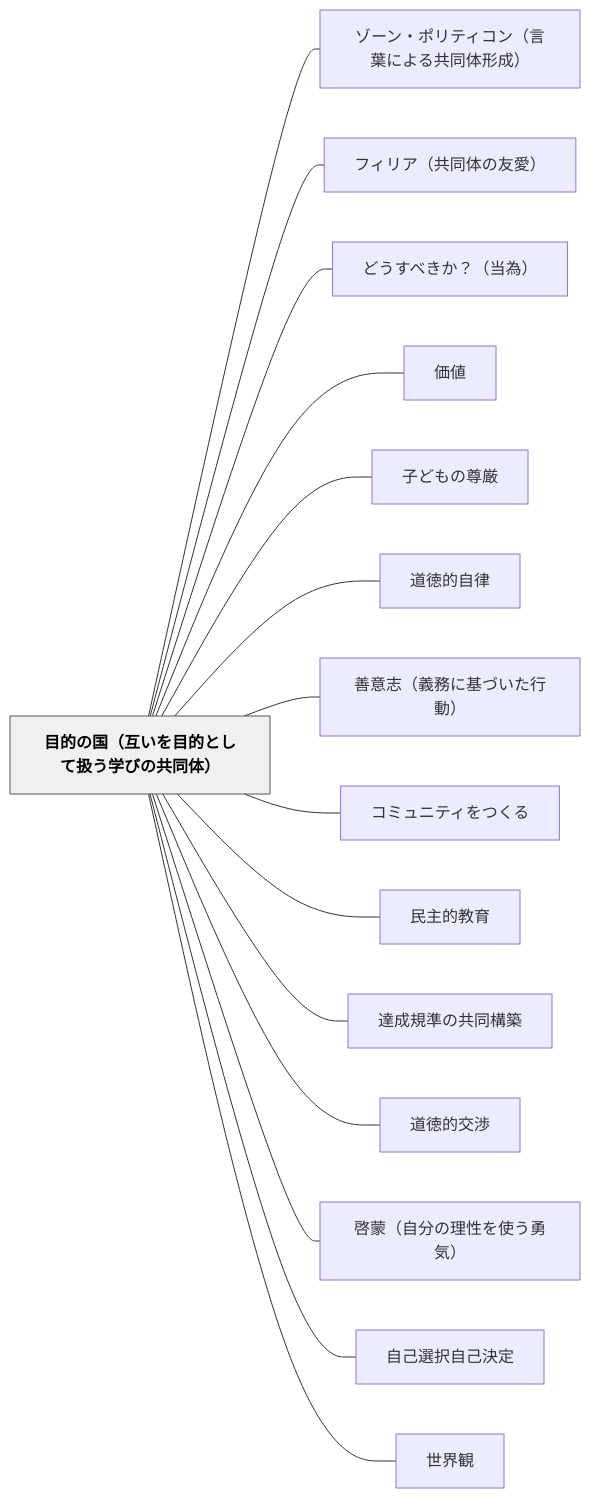
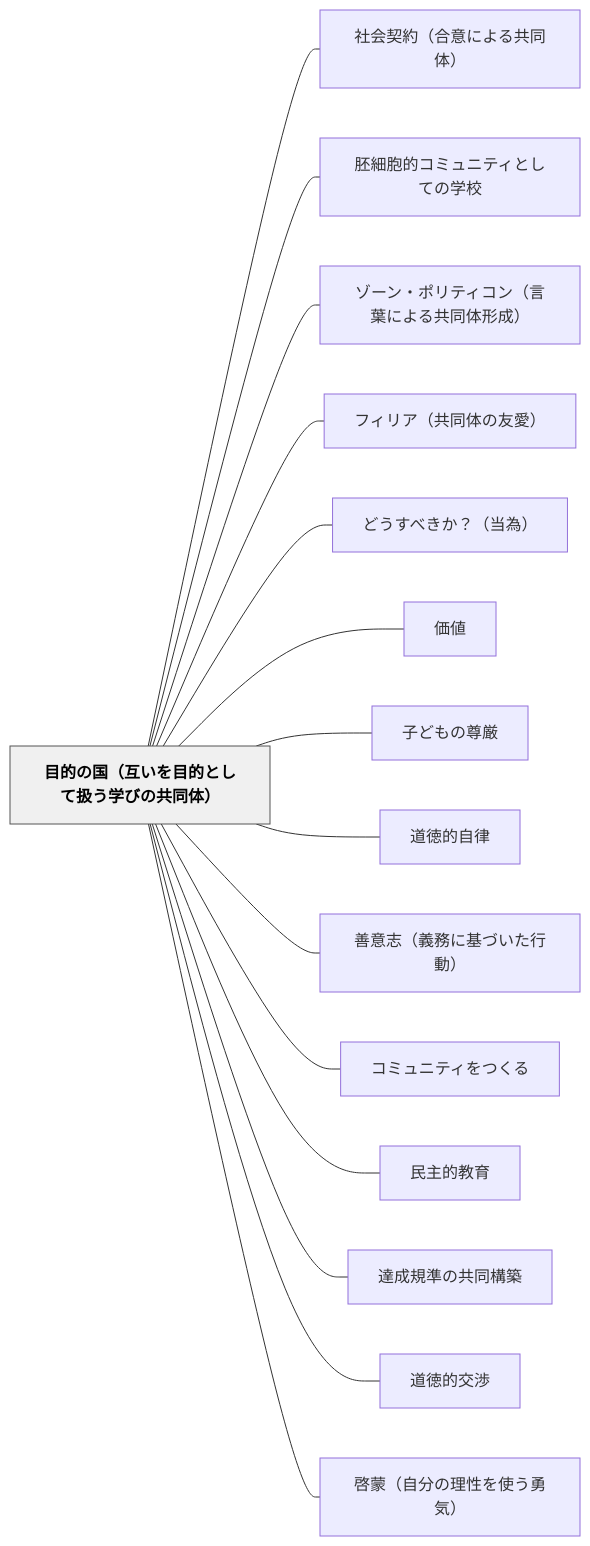
Before and after one commit to unknownthings-ed-patterns/unknownthings-ed-patterns: the diagram in content/パタン/目的の国（互いを目的として扱う学びの共同体）.md, drawn with Mermaid. The commit also changed other lines of this file and 185 other files, not shown here.

````diff
--- a/content/パタン/目的の国（互いを目的として扱う学びの共同体）.md
+++ b/content/パタン/目的の国（互いを目的として扱う学びの共同体）.md
@@ -121,36 +123,36 @@
 ```mermaid
 flowchart LR
     ne79baee79a84e381aee59bbdefbc88e4ba92e38184e38292e79baee79a84e381a8e38197e381a6e689b1e38186e5ada6e381b3e381aee585b1e5908ce4bd93efbc89["目的の国（互いを目的として扱う学びの共同体）"]
+    ne7a4bee4bc9ae5a591e7b484efbc88e59088e6848fe381abe38288e3828be585b1e5908ce4bd93efbc89["社会契約（合意による共同体）"]
+    ne8839ae7b4b0e8839ee79a84e382b3e3839fe383a5e3838be38386e382a3e381a8e38197e381a6e381aee5ada6e6a0a1["胚細胞的コミュニティとしての学校"]
     ne382bee383bce383b3e383bbe3839de383aae38386e382a3e382b3e383b3efbc88e8a880e89189e381abe38288e3828be585b1e5908ce4bd93e5bda2e68890efbc89["ゾーン・ポリティコン（言葉による共同体形成）"]
     ne38395e382a3e383aae382a2efbc88e585b1e5908ce4bd93e381aee58f8be6849befbc89["フィリア（共同体の友愛）"]
     ne381a9e38186e38199e381b9e3818de3818befbc9fefbc88e5bd93e782baefbc89["どうすべきか？（当為）"]
     ne4bea1e580a4["価値"]
     ne5ad90e381a9e38282e381aee5b08ae58eb3["子どもの尊厳"]
     ne98193e5beb3e79a84e887aae5be8b["道徳的自律"]
     ne59684e6848fe5bf97efbc88e7bea9e58b99e381abe59fbae381a5e38184e3819fe8a18ce58b95efbc89["善意志（義務に基づいた行動）"]
     ne382b3e3839fe383a5e3838be38386e382a3e38292e381a4e3818fe3828b["コミュニティをつくる"]
     ne6b091e4b8bbe79a84e69599e882b2["民主的教育"]
     ne98194e68890e8a68fe6ba96e381aee585b1e5908ce6a78be7af89["達成規準の共同構築"]
     ne98193e5beb3e79a84e4baa4e6b889["道徳的交渉"]
     ne59593e89299efbc88e887aae58886e381aee79086e680a7e38292e4bdbfe38186e58b87e6b097efbc89["啓蒙（自分の理性を使う勇気）"]
-    ne887aae5b7b1e981b8e68a9ee887aae5b7b1e6b1bae5ae9a["自己選択自己決定"]
-    ne4b896e7958ce8a6b3["世界観"]
 
+    ne79baee79a84e381aee59bbdefbc88e4ba92e38184e38292e79baee79a84e381a8e38197e381a6e689b1e38186e5ada6e381b3e381aee585b1e5908ce4bd93efbc89 --- ne7a4bee4bc9ae5a591e7b484efbc88e59088e6848fe381abe38288e3828be585b1e5908ce4bd93efbc89
+    ne79baee79a84e381aee59bbdefbc88e4ba92e38184e38292e79baee79a84e381a8e38197e381a6e689b1e38186e5ada6e381b3e381aee585b1e5908ce4bd93efbc89 --- ne8839ae7b4b0e8839ee79a84e382b3e3839fe383a5e3838be38386e382a3e381a8e38197e381a6e381aee5ada6e6a0a1
     ne79baee79a84e381aee59bbdefbc88e4ba92e38184e38292e79baee79a84e381a8e38197e381a6e689b1e38186e5ada6e381b3e381aee585b1e5908ce4bd93efbc89 --- ne382bee383bce383b3e383bbe3839de383aae38386e382a3e382b3e383b3efbc88e8a880e89189e381abe38288e3828be585b1e5908ce4bd93e5bda2e68890efbc89
     ne79baee79a84e381aee59bbdefbc88e4ba92e38184e38292e79baee79a84e381a8e38197e381a6e689b1e38186e5ada6e381b3e381aee585b1e5908ce4bd93efbc89 --- ne38395e382a3e383aae382a2efbc88e585b1e5908ce4bd93e381aee58f8be6849befbc89
     ne79baee79a84e381aee59bbdefbc88e4ba92e38184e38292e79baee79a84e381a8e38197e381a6e689b1e38186e5ada6e381b3e381aee585b1e5908ce4bd93efbc89 --- ne381a9e38186e38199e381b9e3818de3818befbc9fefbc88e5bd93e782baefbc89
     ne79baee79a84e381aee59bbdefbc88e4ba92e38184e38292e79baee79a84e381a8e38197e381a6e689b1e38186e5ada6e381b3e381aee585b1e5908ce4bd93efbc89 --- ne4bea1e580a4
     ne79baee79a84e381aee59bbdefbc88e4ba92e38184e38292e79baee79a84e381a8e38197e381a6e689b1e38186e5ada6e381b3e381aee585b1e5908ce4bd93efbc89 --- ne5ad90e381a9e38282e381aee5b08ae58eb3
     ne79baee79a84e381aee59bbdefbc88e4ba92e38184e38292e79baee79a84e381a8e38197e381a6e689b1e38186e5ada6e381b3e381aee585b1e5908ce4bd93efbc89 --- ne98193e5beb3e79a84e887aae5be8b
     ne79baee79a84e381aee59bbdefbc88e4ba92e38184e38292e79baee79a84e381a8e38197e381a6e689b1e38186e5ada6e381b3e381aee585b1e5908ce4bd93efbc89 --- ne59684e6848fe5bf97efbc88e7bea9e58b99e381abe59fbae381a5e38184e3819fe8a18ce58b95efbc89
     ne79baee79a84e381aee59bbdefbc88e4ba92e38184e38292e79baee79a84e381a8e38197e381a6e689b1e38186e5ada6e381b3e381aee585b1e5908ce4bd93efbc89 --- ne382b3e3839fe383a5e3838be38386e382a3e38292e381a4e3818fe3828b
     ne79baee79a84e381aee59bbdefbc88e4ba92e38184e38292e79baee79a84e381a8e38197e381a6e689b1e38186e5ada6e381b3e381aee585b1e5908ce4bd93efbc89 --- ne6b091e4b8bbe79a84e69599e882b2
     ne79baee79a84e381aee59bbdefbc88e4ba92e38184e38292e79baee79a84e381a8e38197e381a6e689b1e38186e5ada6e381b3e381aee585b1e5908ce4bd93efbc89 --- ne98194e68890e8a68fe6ba96e381aee585b1e5908ce6a78be7af89
     ne79baee79a84e381aee59bbdefbc88e4ba92e38184e38292e79baee79a84e381a8e38197e381a6e689b1e38186e5ada6e381b3e381aee585b1e5908ce4bd93efbc89 --- ne98193e5beb3e79a84e4baa4e6b889
     ne79baee79a84e381aee59bbdefbc88e4ba92e38184e38292e79baee79a84e381a8e38197e381a6e689b1e38186e5ada6e381b3e381aee585b1e5908ce4bd93efbc89 --- ne59593e89299efbc88e887aae58886e381aee79086e680a7e38292e4bdbfe38186e58b87e6b097efbc89
-    ne79baee79a84e381aee59bbdefbc88e4ba92e38184e38292e79baee79a84e381a8e38197e381a6e689b1e38186e5ada6e381b3e381aee585b1e5908ce4bd93efbc89 --- ne887aae5b7b1e981b8e68a9ee887aae5b7b1e6b1bae5ae9a
-    ne79baee79a84e381aee59bbdefbc88e4ba92e38184e38292e79baee79a84e381a8e38197e381a6e689b1e38186e5ada6e381b3e381aee585b1e5908ce4bd93efbc89 --- ne4b896e7958ce8a6b3
 
     classDef hub fill:#f0f0f0,stroke:#555,color:#000,font-weight:bold
     class ne79baee79a84e381aee59bbdefbc88e4ba92e38184e38292e79baee79a84e381a8e38197e381a6e689b1e38186e5ada6e381b3e381aee585b1e5908ce4bd93efbc89 hub
 ```
````
